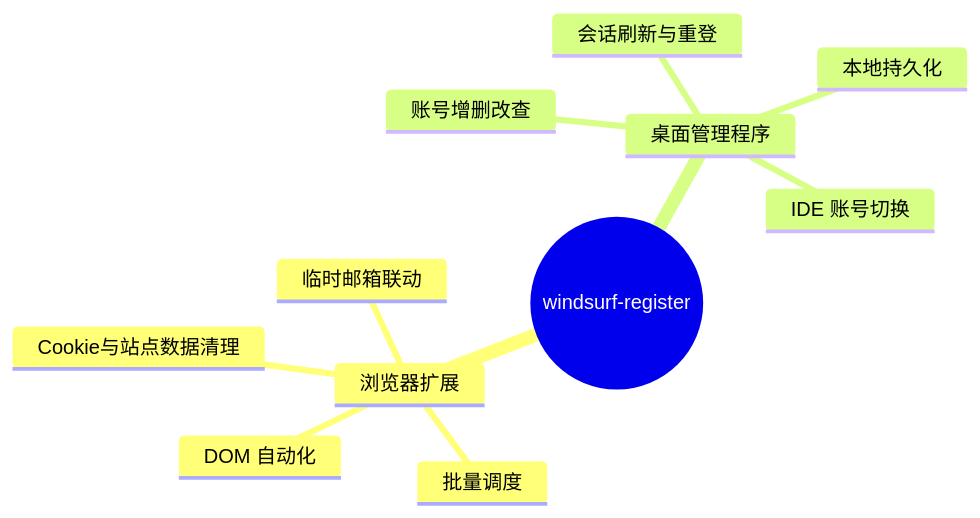
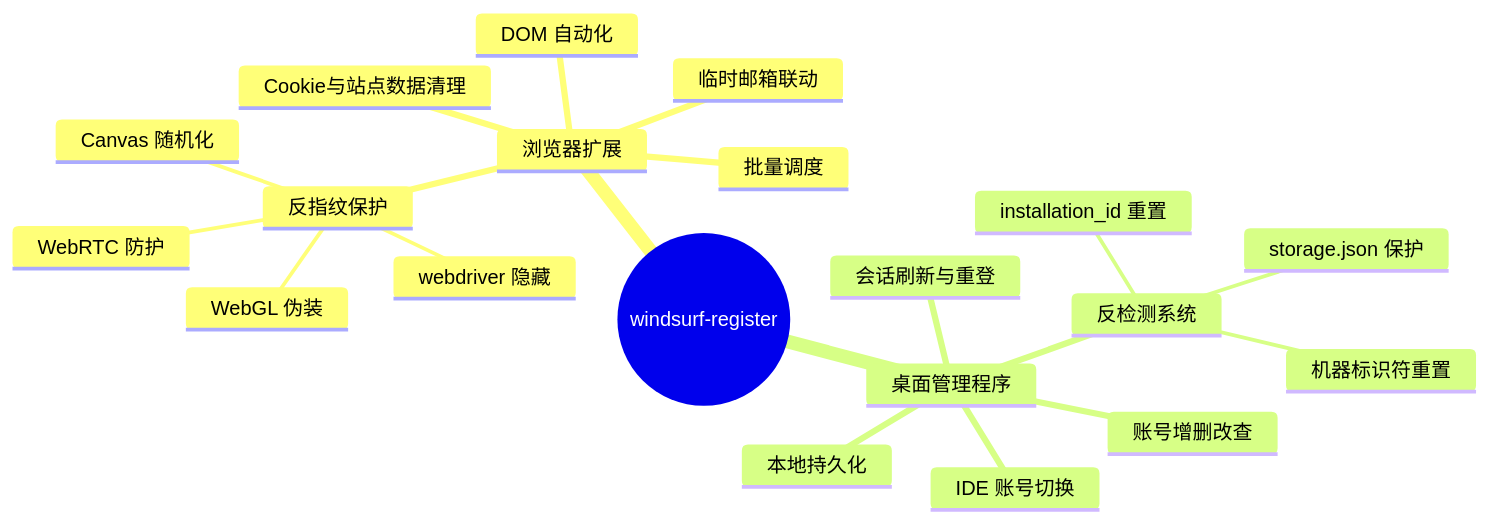
The second of 4 diagrams in README.md (AERT-7Y/windsurf-register-free-2), drawn with Mermaid before and after one commit. The commit also changed other lines of this file and 8 other files, not shown here.

````diff
--- a/README.md
+++ b/README.md
@@ -73,14 +73,23 @@
 ```mermaid
 mindmap
   root((windsurf-register))
     浏览器扩展
       批量调度
       临时邮箱联动
       DOM 自动化
       Cookie与站点数据清理
+      反指纹保护
+        Canvas 随机化
+        WebGL 伪装
+        WebRTC 防护
+        webdriver 隐藏
     桌面管理程序
       账号增删改查
       会话刷新与重登
       IDE 账号切换
       本地持久化
+      反检测系统
+        机器标识符重置
+        installation_id 重置
+        storage.json 保护
 ```
````
